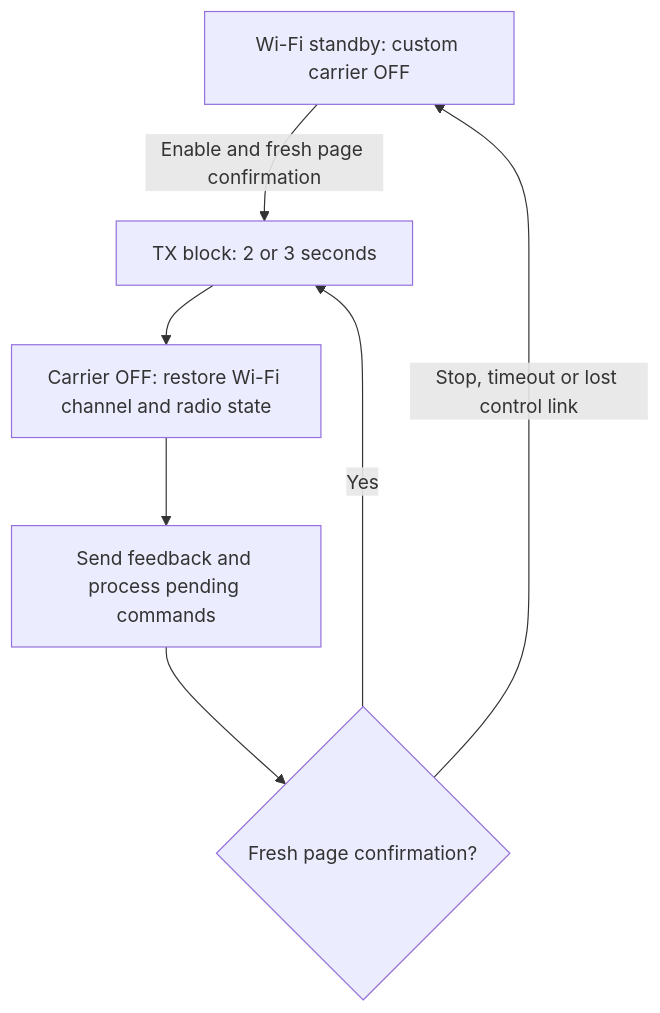
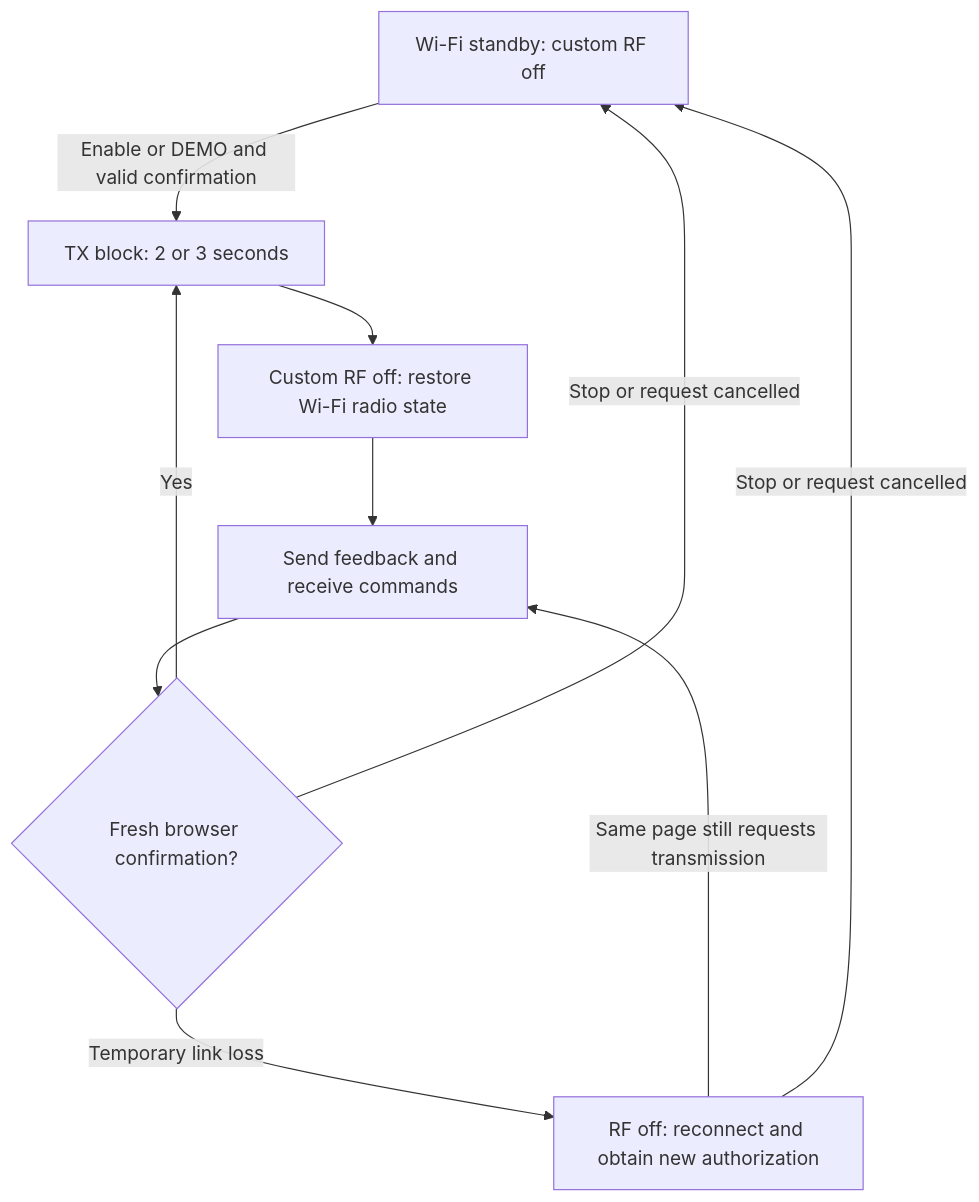
One commit to kaboom748/ESPBoOm8266TX changed the diagram in README.md. Above: the diagram before and after it, drawn with Mermaid. The commit also changed other lines of this file, not shown here.

````diff
--- a/README.md
+++ b/README.md
@@ -38,9 +47,12 @@
 ```mermaid
 flowchart TD
-    A[Wi-Fi standby: custom carrier OFF] -->|Enable and fresh page confirmation| B[TX block: 2 or 3 seconds]
-    B --> C[Carrier OFF: restore Wi-Fi channel and radio state]
-    C --> D[Send feedback and process pending commands]
-    D --> E{Fresh page confirmation?}
+    A[Wi-Fi standby: custom RF off] -->|Enable or DEMO and valid confirmation| B[TX block: 2 or 3 seconds]
+    B --> C[Custom RF off: restore Wi-Fi radio state]
+    C --> D[Send feedback and receive commands]
+    D --> E{Fresh browser confirmation?}
     E -->|Yes| B
-    E -->|Stop, timeout or lost control link| A
+    E -->|Temporary link loss| F[RF off: reconnect and obtain new authorization]
+    F -->|Same page still requests transmission| D
+    E -->|Stop or request cancelled| A
+    F -->|Stop or request cancelled| A
 ```
````
